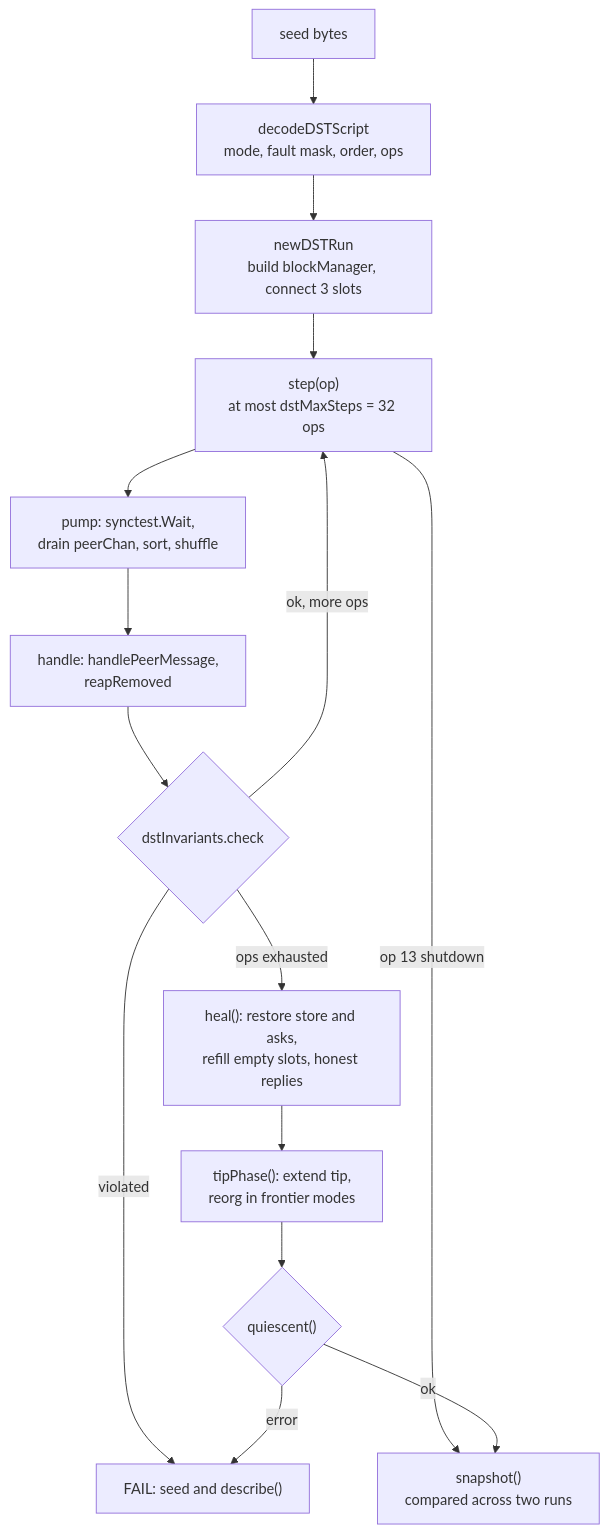
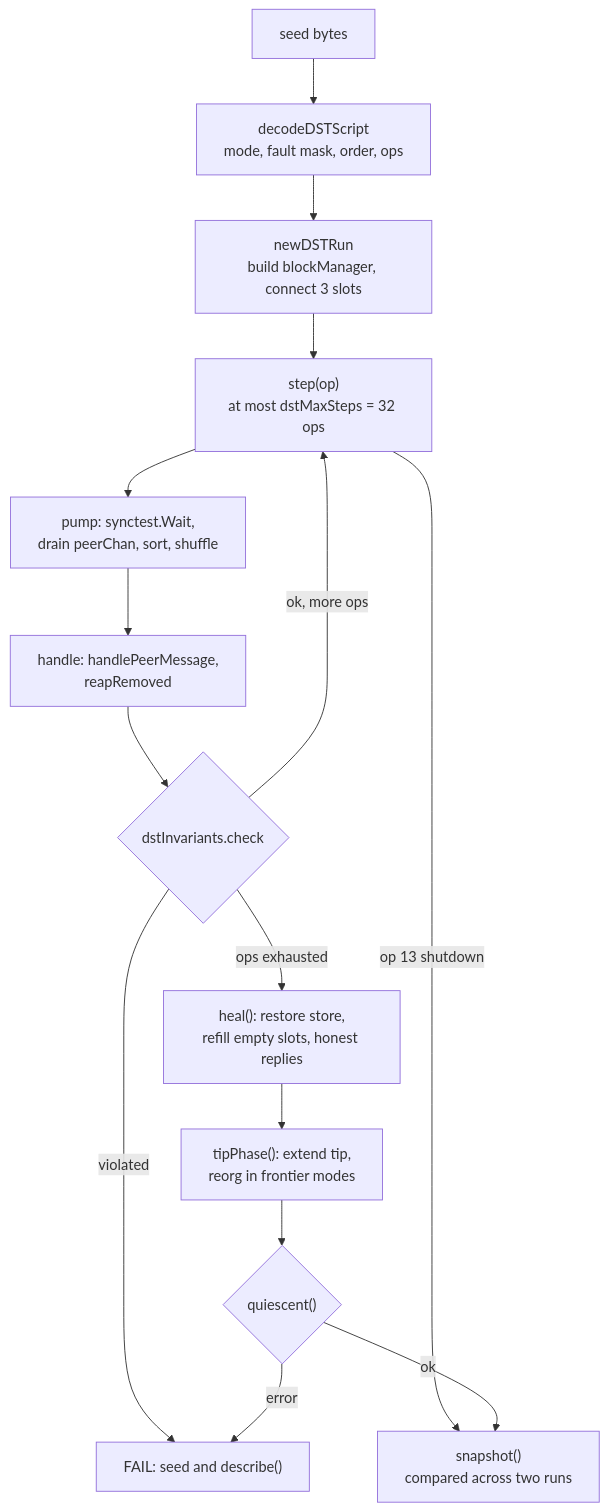
The second of 6 diagrams in docs/deterministic-sync-testing.md (lightninglabs/neutrino), drawn with Mermaid before and after one commit. The commit also changed other lines of this file and 11 other files, not shown here.

````diff
--- a/docs/deterministic-sync-testing.md
+++ b/docs/deterministic-sync-testing.md
@@ -155,23 +155,23 @@
 ```mermaid
 flowchart TB
     seed["seed bytes"]
     decode["decodeDSTScript<br/>mode, fault mask, order, ops"]
     setup["newDSTRun<br/>build blockManager, connect 3 slots"]
     step["step(op)<br/>at most dstMaxSteps = 32 ops"]
     pump["pump: synctest.Wait,<br/>drain peerChan, sort, shuffle"]
     handle["handle: handlePeerMessage,<br/>reapRemoved"]
     check{"dstInvariants.check"}
-    heal["heal(): restore store and asks,<br/>refill empty slots, honest replies"]
+    heal["heal(): restore store,<br/>refill empty slots, honest replies"]
     tip["tipPhase(): extend tip,<br/>reorg in frontier modes"]
     quiet{"quiescent()"}
     snap["snapshot()<br/>compared across two runs"]
     fail["FAIL: seed and describe()"]
 
     seed --> decode --> setup --> step --> pump --> handle --> check
     check -- "violated" --> fail
     check -- "ok, more ops" --> step
     check -- "ops exhausted" --> heal --> tip --> quiet
     step -- "op 13 shutdown" --> snap
     quiet -- "ok" --> snap
     quiet -- "error" --> fail
 ```
````
